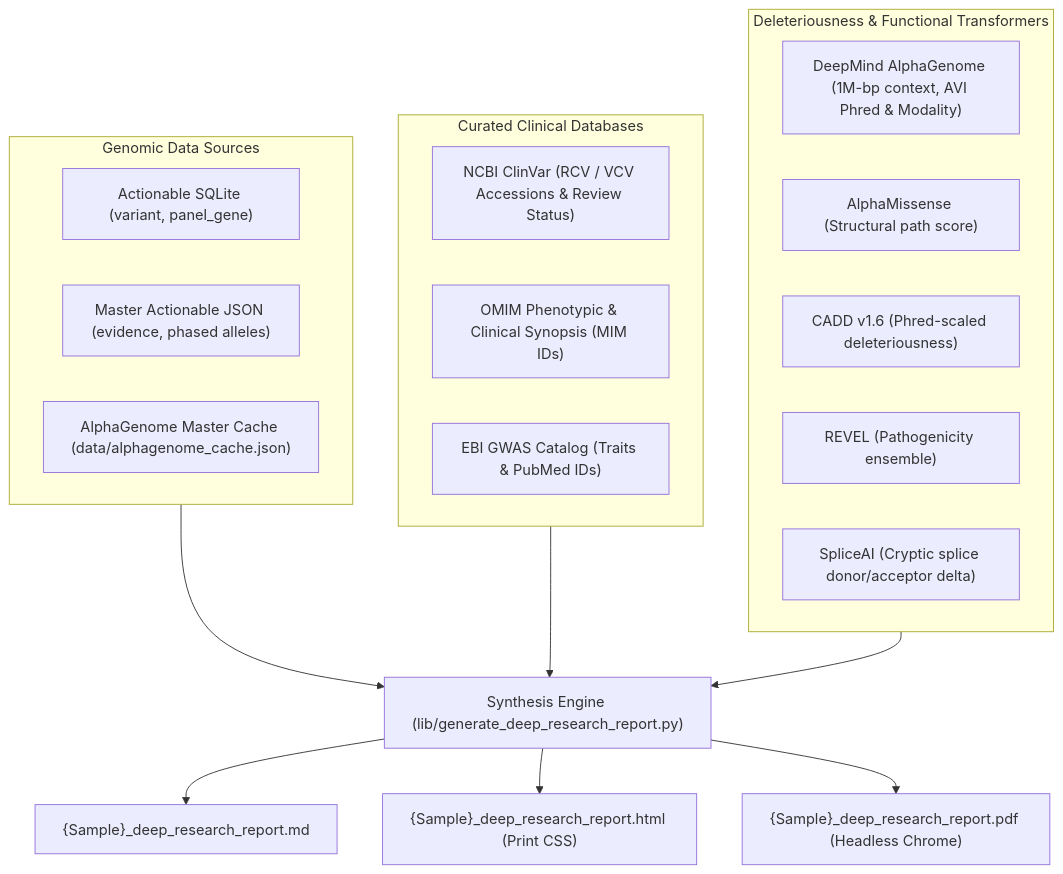
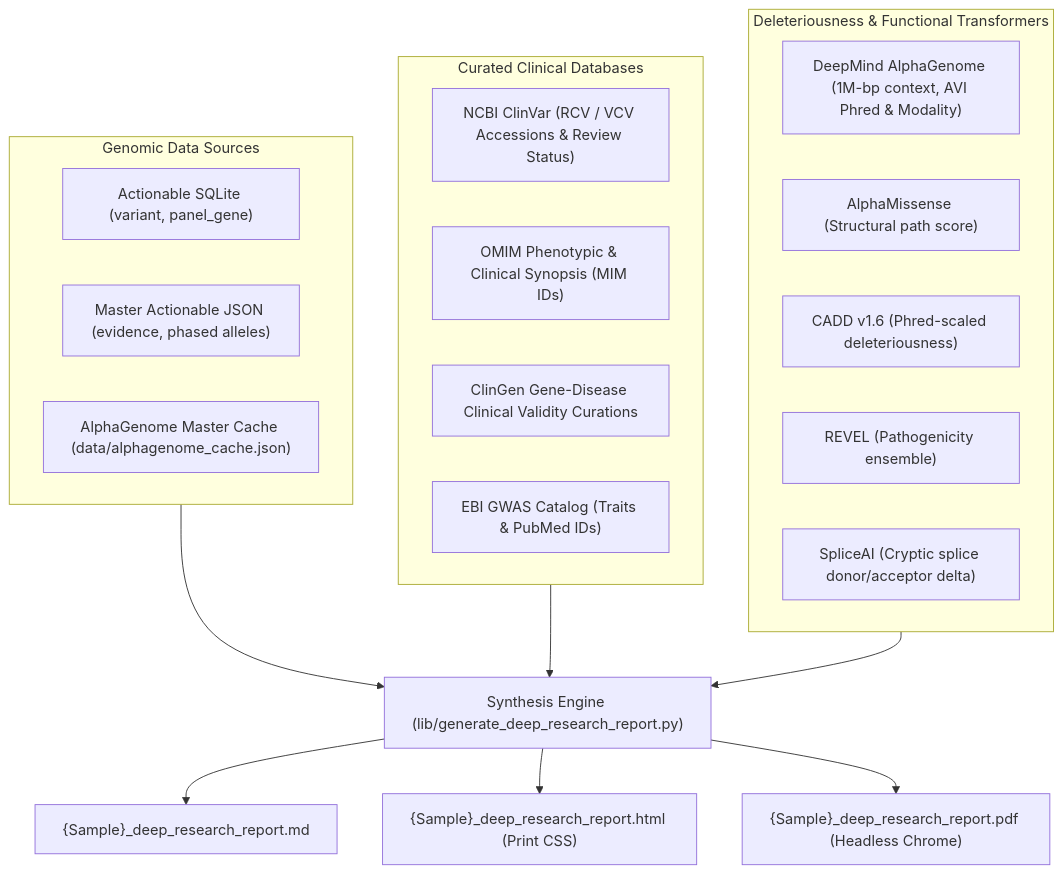
The diagram in skills/deep-variant-research-report/SKILL.md (dehrle0/genomics-ontology), drawn with Mermaid before and after one commit. The commit also changed other lines of this file and 3 other files, not shown here.

Commit message:
feat: replace hardcoded gene elevation with universal trait-driven discovery & prioritization architecture

````diff
--- a/skills/deep-variant-research-report/SKILL.md
+++ b/skills/deep-variant-research-report/SKILL.md
@@ -20,27 +20,28 @@
 ```mermaid
 flowchart TD
     subgraph Genomic_Inputs["Genomic Data Sources"]
         DB["Actionable SQLite (variant, panel_gene)"]
         JSON["Master Actionable JSON (evidence, phased alleles)"]
         AG_CACHE["AlphaGenome Master Cache (data/alphagenome_cache.json)"]
     end
 
     subgraph Evidence_Layer["Curated Clinical Databases"]
         CV["NCBI ClinVar (RCV / VCV Accessions & Review Status)"]
         OMIM["OMIM Phenotypic & Clinical Synopsis (MIM IDs)"]
+        CLINGEN["ClinGen Gene-Disease Clinical Validity Curations"]
         GWAS["EBI GWAS Catalog (Traits & PubMed IDs)"]
     end
 
     subgraph AI_Ensemble["Deleteriousness & Functional Transformers"]
         AG["DeepMind AlphaGenome (1M-bp context, AVI Phred & Modality)"]
         AM["AlphaMissense (Structural path score)"]
         CADD["CADD v1.6 (Phred-scaled deleteriousness)"]
         REV["REVEL (Pathogenicity ensemble)"]
         SPL["SpliceAI (Cryptic splice donor/acceptor delta)"]
     end
 
     Genomic_Inputs & Evidence_Layer & AI_Ensemble --> CORE["Synthesis Engine (lib/generate_deep_research_report.py)"]
     CORE --> OUT_MD["{Sample}_deep_research_report.md"]
     CORE --> OUT_HTML["{Sample}_deep_research_report.html (Print CSS)"]
     CORE --> OUT_PDF["{Sample}_deep_research_report.pdf (Headless Chrome)"]
 ```
````
